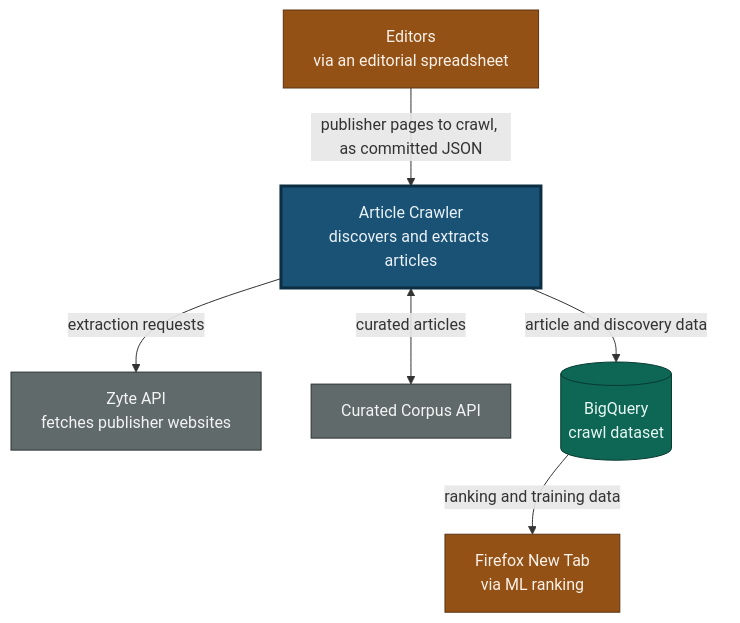
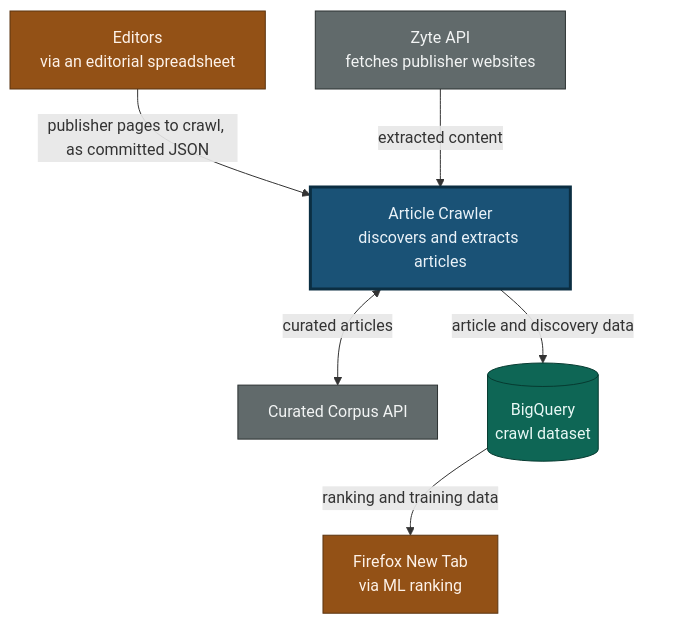
Before and after one commit to mozilla/hnt-content: the first of 5 diagrams in docs/ARCHITECTURE.md, drawn with Mermaid. The commit also changed other lines of this file, not shown here.

Commit message:
docs(HNT-2086): make System context arrows follow data flow

````diff
--- a/docs/ARCHITECTURE.md
+++ b/docs/ARCHITECTURE.md
@@ -30,24 +30,25 @@
 ```mermaid
 flowchart TB
     editors["Editors<br/>via an editorial spreadsheet"]:::actor
     zyte["Zyte API<br/>fetches publisher websites"]:::external
     corpus["Curated Corpus API"]:::external
 
     crawler["Article Crawler<br/>discovers and extracts articles"]:::system
 
     bq[("BigQuery<br/>crawl dataset")]:::store
     newtab["Firefox New Tab<br/>via ML ranking"]:::actor
 
     editors -->|publisher pages to crawl, as committed JSON| crawler
+    zyte -->|extracted content| crawler
+    tpad[" "]:::pad ~~~ crawler
+    crawler <-->|curated articles| corpus
     crawler -->|article and discovery data| bq
-    crawler <-->|curated articles| corpus
-    crawler -->|extraction requests| zyte
     bq -->|ranking and training data| newtab
     bq ~~~ pad[" "]:::pad
 
     classDef system fill:#1a5276,stroke:#0b2e42,color:#eaf2f8,stroke-width:3px
     classDef external fill:#616a6b,stroke:#2c3232,color:#f2f4f4,stroke-width:1px
     classDef store fill:#0e6655,stroke:#073b31,color:#e8f8f5,stroke-width:1px
     classDef actor fill:#935116,stroke:#5b3410,color:#fdf2e9,stroke-width:1px
     classDef pad fill:none,stroke:none,color:#ffffff
 ```
````
